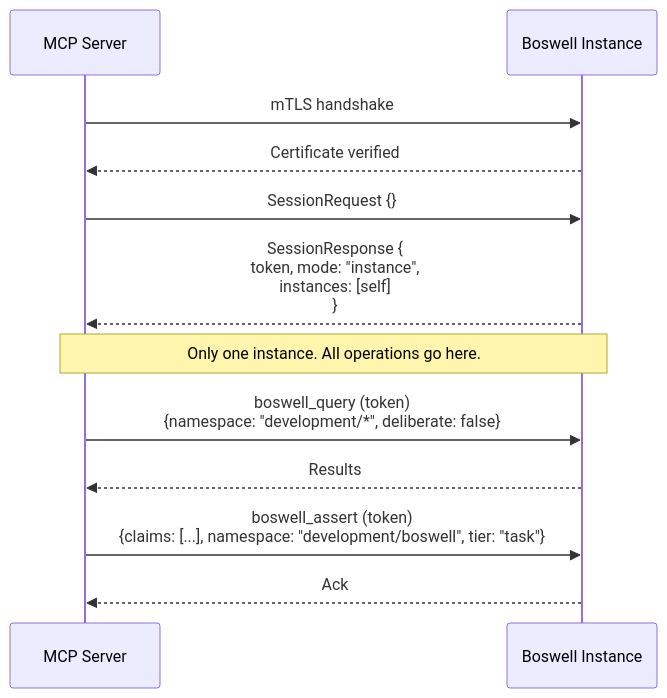
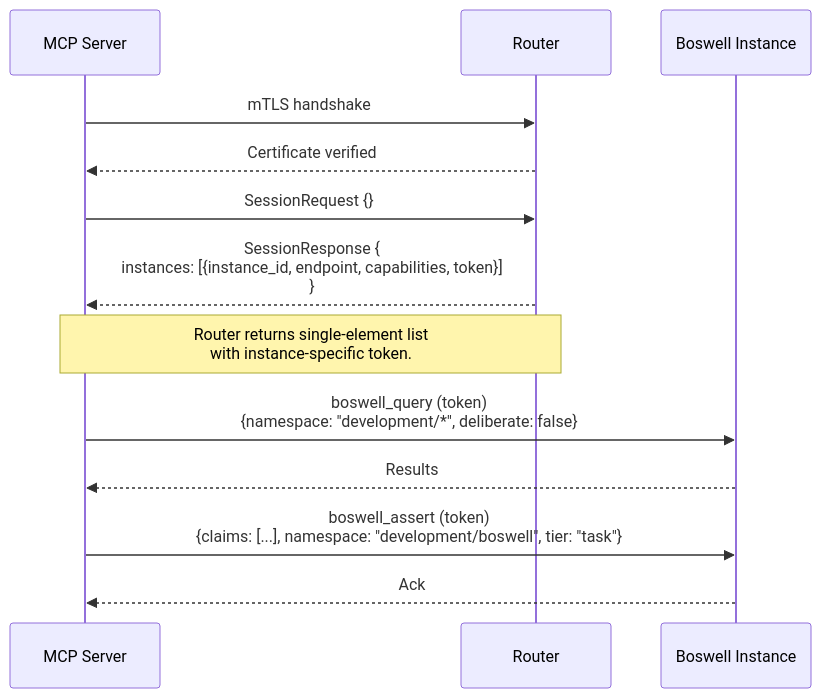
Diagram 13 of 15 in docs/architecture/01-architecture.md (JDRay42/Boswell), drawn with Mermaid before and after one commit. The commit also changed other lines of this file and 1 other file, not shown here.

First line of the commit message:
refactor(arch): Router always present, per-instance tokens, clarify security model

````diff
--- a/docs/architecture/01-architecture.md
+++ b/docs/architecture/01-architecture.md
@@ -641,19 +797,20 @@
 ```mermaid
 sequenceDiagram
     participant MCP as MCP Server
+    participant Router
     participant Inst as Boswell Instance
 
-    MCP->>Inst: mTLS handshake
-    Inst-->>MCP: Certificate verified
+    MCP->>Router: mTLS handshake
+    Router-->>MCP: Certificate verified
 
-    MCP->>Inst: SessionRequest {}
-    Inst-->>MCP: SessionResponse {<br/>  token, mode: "instance",<br/>  instances: [self]<br/>}
+    MCP->>Router: SessionRequest {}
+    Router-->>MCP: SessionResponse {<br/>  instances: [{instance_id, endpoint, capabilities, token}]<br/>}
 
-    Note over MCP,Inst: Only one instance. All operations go here.
+    Note over MCP,Router: Router returns single-element list<br/>with instance-specific token.
 
     MCP->>Inst: boswell_query (token)<br/>{namespace: "development/*", deliberate: false}
     Inst-->>MCP: Results
 
     MCP->>Inst: boswell_assert (token)<br/>{claims: [...], namespace: "development/boswell", tier: "task"}
     Inst-->>MCP: Ack
 ```
````
